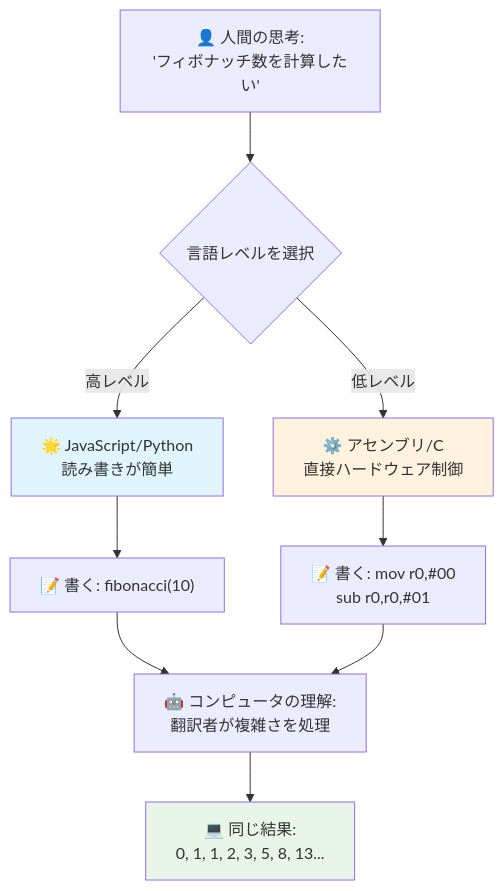
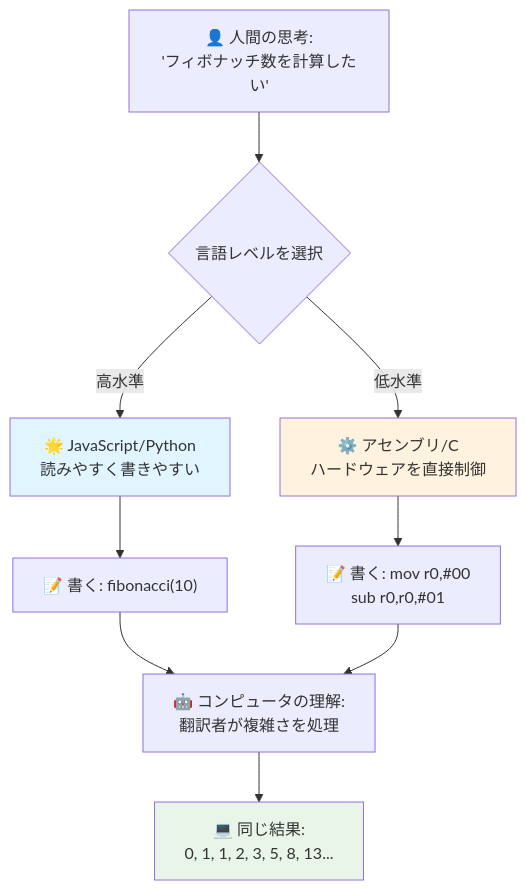
Before and after one commit to microsoft/Web-Dev-For-Beginners: the third of 7 diagrams in translations/ja/1-getting-started-lessons/1-intro-to-programming-languages/README.md, drawn with Mermaid. The commit also changed other lines of this file and 8 other files, not shown here.

````diff
--- a/translations/ja/1-getting-started-lessons/1-intro-to-programming-languages/README.md
+++ b/translations/ja/1-getting-started-lessons/1-intro-to-programming-languages/README.md
@@ -148,19 +148,19 @@
 ```mermaid
 flowchart TB
     A["👤 人間の思考:<br/>'フィボナッチ数を計算したい'"] --> B{言語レベルを選択}
     
-    B -->|高レベル| C["🌟 JavaScript/Python<br/>読み書きが簡単"]
-    B -->|低レベル| D["⚙️ アセンブリ/C<br/>直接ハードウェア制御"]
+    B -->|高水準| C["🌟 JavaScript/Python<br/>読みやすく書きやすい"]
+    B -->|低水準| D["⚙️ アセンブリ/C<br/>ハードウェアを直接制御"]
     
     C --> E["📝 書く: fibonacci(10)"]
     D --> F["📝 書く: mov r0,#00<br/>sub r0,r0,#01"]
     
     E --> G["🤖 コンピュータの理解:<br/>翻訳者が複雑さを処理"]
     F --> G
     
     G --> H["💻 同じ結果:<br/>0, 1, 1, 2, 3, 5, 8, 13..."]
     
     style C fill:#e1f5fe
     style D fill:#fff3e0
     style H fill:#e8f5e8
 ```
````
